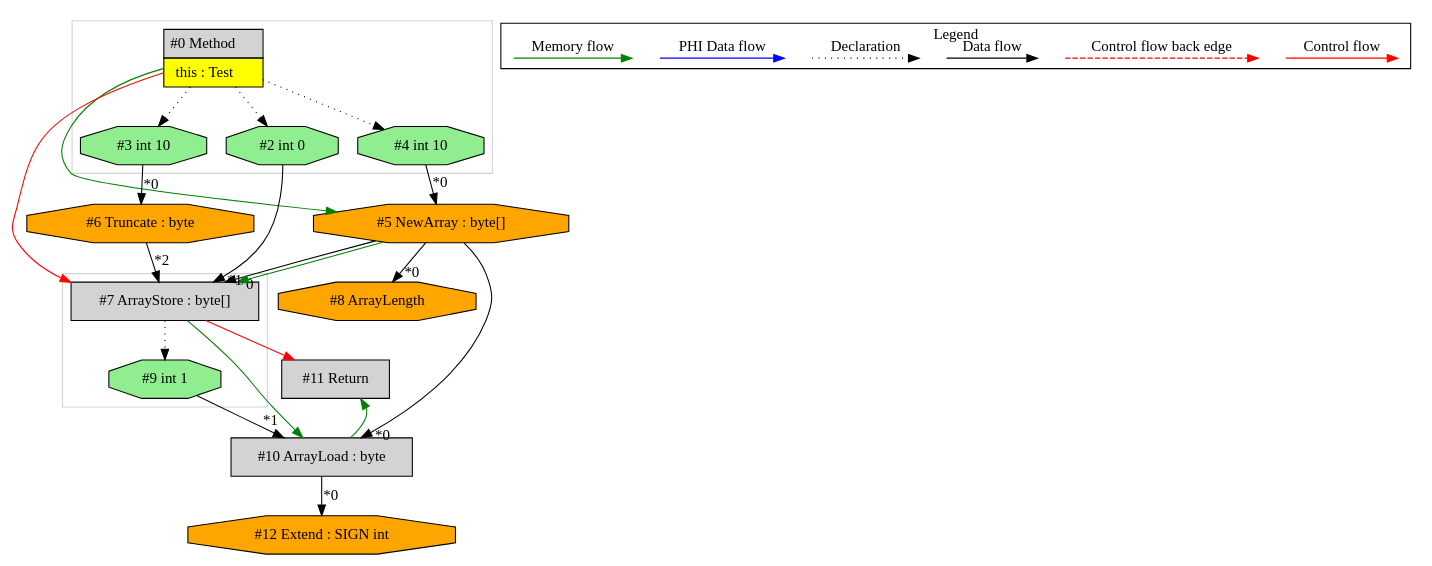
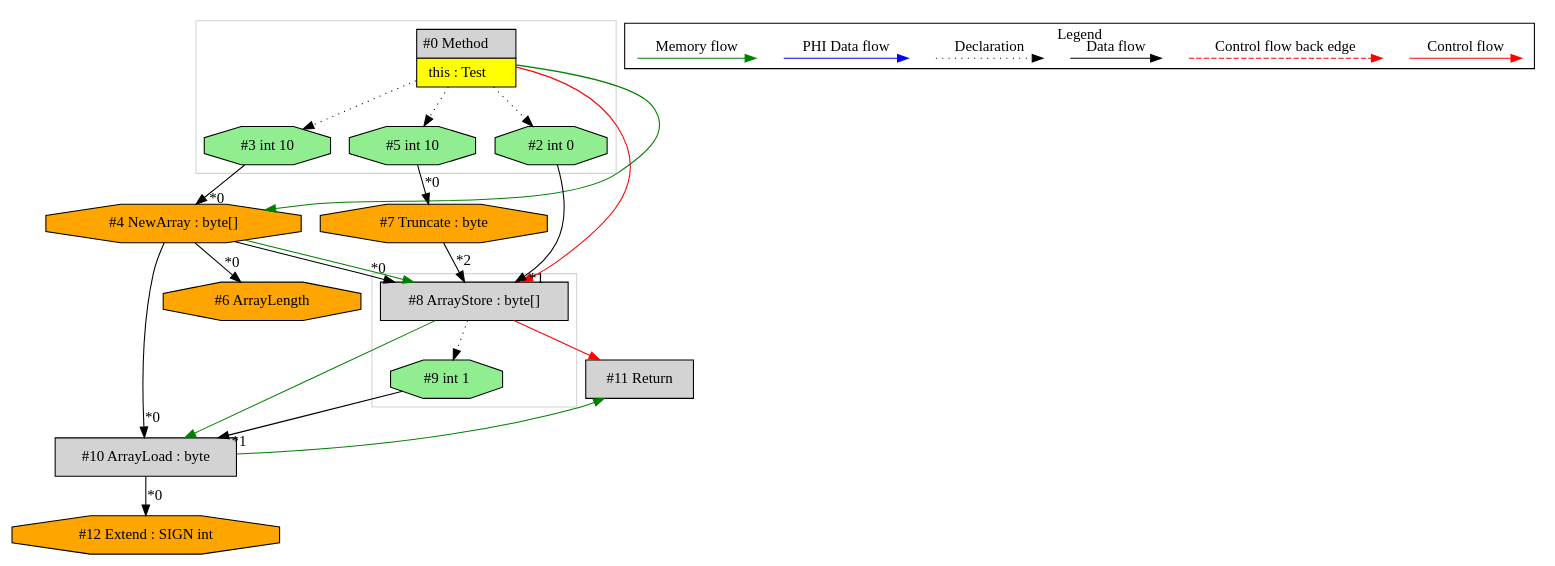
Before and after one commit to mirkosertic/MetaIR: the diagram in de.mirkosertic.metair.ir.OpcodeNEWARRAYTest/test_NEWARRAY_byte/ir.dot, drawn with Graphviz. The commit also changed 1138 other files, not shown here.

```diff
--- a/de.mirkosertic.metair.ir.OpcodeNEWARRAYTest/test_NEWARRAY_byte/ir.dot
+++ b/de.mirkosertic.metair.ir.OpcodeNEWARRAYTest/test_NEWARRAY_byte/ir.dot
@@ -1,72 +1,72 @@
 digraph {
  ordering="in";
  node0[margin="0", label=<<table border="0" cellborder="1" cellspacing="0" cellpadding="5"><tr><td colspan="1">#0 Method</td></tr><tr><td port="prj1" bgcolor="yellow">this : Test</td></tr></table>>,shape=none, fillcolor=lightgrey, style=filled];
- node4[label="#4 int 10",shape=octagon, fillcolor=lightgreen, style=filled];
- node0 -> node4[style=dotted];
- node5[label="#5 NewArray : byte[]",shape=octagon, fillcolor=orange, style=filled];
- node4 -> node5[headlabel="*0", labeldistance=2];
- node0 -> node5[labeldistance=2, color=green, constraint=false];
- node8[label="#8 ArrayLength",shape=octagon, fillcolor=orange, style=filled];
- node5 -> node8[headlabel="*0", labeldistance=2];
- node7[label="#7 ArrayStore : byte[]",shape=box, fillcolor=lightgrey, style=filled];
+ node5[label="#5 int 10",shape=octagon, fillcolor=lightgreen, style=filled];
+ node0 -> node5[style=dotted];
+ node7[label="#7 Truncate : byte",shape=octagon, fillcolor=orange, style=filled];
  node5 -> node7[headlabel="*0", labeldistance=2];
- node2 -> node7[headlabel="*1", labeldistance=2];
- node6 -> node7[headlabel="*2", labeldistance=2];
- node5 -> node7[labeldistance=2, color=green, constraint=false];
- node0 -> node7[labeldistance=2, color=red, fontcolor=red];
- node6[label="#6 Truncate : byte",shape=octagon, fillcolor=orange, style=filled];
- node3 -> node6[headlabel="*0", labeldistance=2];
+ node8[label="#8 ArrayStore : byte[]",shape=box, fillcolor=lightgrey, style=filled];
+ node4 -> node8[headlabel="*0", labeldistance=2];
+ node2 -> node8[headlabel="*1", labeldistance=2];
+ node7 -> node8[headlabel="*2", labeldistance=2];
+ node4 -> node8[labeldistance=2, color=green, constraint=false];
+ node0 -> node8[labeldistance=2, color=red, fontcolor=red];
+ node4[label="#4 NewArray : byte[]",shape=octagon, fillcolor=orange, style=filled];
+ node3 -> node4[headlabel="*0", labeldistance=2];
+ node0 -> node4[labeldistance=2, color=green, constraint=false];
  node3[label="#3 int 10",shape=octagon, fillcolor=lightgreen, style=filled];
  node0 -> node3[style=dotted];
+ node10[label="#10 ArrayLoad : byte",shape=box, fillcolor=lightgrey, style=filled];
+ node4 -> node10[headlabel="*0", labeldistance=2];
+ node9 -> node10[headlabel="*1", labeldistance=2];
+ node8 -> node10[labeldistance=2, color=green, constraint=false];
+ node9[label="#9 int 1",shape=octagon, fillcolor=lightgreen, style=filled];
+ node8 -> node9[style=dotted];
+ node12[label="#12 Extend : SIGN int",shape=octagon, fillcolor=orange, style=filled];
+ node10 -> node12[headlabel="*0", labeldistance=2];
+ node11[label="#11 Return",shape=box, fillcolor=lightgrey, style=filled];
+ node8 -> node11[labeldistance=2, color=red, fontcolor=red];
+ node10 -> node11[labeldistance=2, color=green, constraint=false];
+ node6[label="#6 ArrayLength",shape=octagon, fillcolor=orange, style=filled];
+ node4 -> node6[headlabel="*0", labeldistance=2];
  node2[label="#2 int 0",shape=octagon, fillcolor=lightgreen, style=filled];
  node0 -> node2[style=dotted];
- node10[label="#10 ArrayLoad : byte",shape=box, fillcolor=lightgrey, style=filled];
- node5 -> node10[headlabel="*0", labeldistance=2];
- node9 -> node10[headlabel="*1", labeldistance=2];
- node7 -> node10[labeldistance=2, color=green, constraint=false];
- node9[label="#9 int 1",shape=octagon, fillcolor=lightgreen, style=filled];
- node7 -> node9[style=dotted];
- node11[label="#11 Return",shape=box, fillcolor=lightgrey, style=filled];
- node7 -> node11[labeldistance=2, color=red, fontcolor=red];
- node10 -> node11[labeldistance=2, color=green, constraint=false];
- node12[label="#12 Extend : SIGN int",shape=octagon, fillcolor=orange, style=filled];
- node10 -> node12[headlabel="*0", labeldistance=2];
  subgraph cluster_0 {
   color=lightgray;
-  node7;
+  node8;
   node9;
  }
  subgraph cluster_1 {
   color=lightgray;
   node0;
   node2;
   node3;
-  node4;
+  node5;
  }
  subgraph cluster_000 {
   label = "Legend";
   node [shape=point]
   {
    rank=same;
    c0 [style = invis];
    c1 [style = invis];
    c2 [style = invis];
    c3 [style = invis];
    d0 [style = invis];
    d1 [style = invis];
    d2 [style = invis];
    d3 [style = invis];
    d4 [style = invis];
    d5 [style = invis];
    d6 [style = invis];
    d7 [style = invis];
   }
   c0 -> c1 [label="Control flow", style=solid, color=red]
   c2 -> c3 [label="Control flow back edge", style=dashed, color=red]
   d0 -> d1 [label="Data flow"]
   d2 -> d3 [label="Declaration", style=dotted]
   d4 -> d5 [label="PHI Data flow", color=blue]
   d6 -> d7 [label="Memory flow", color=green]
  }
 
 }
```
